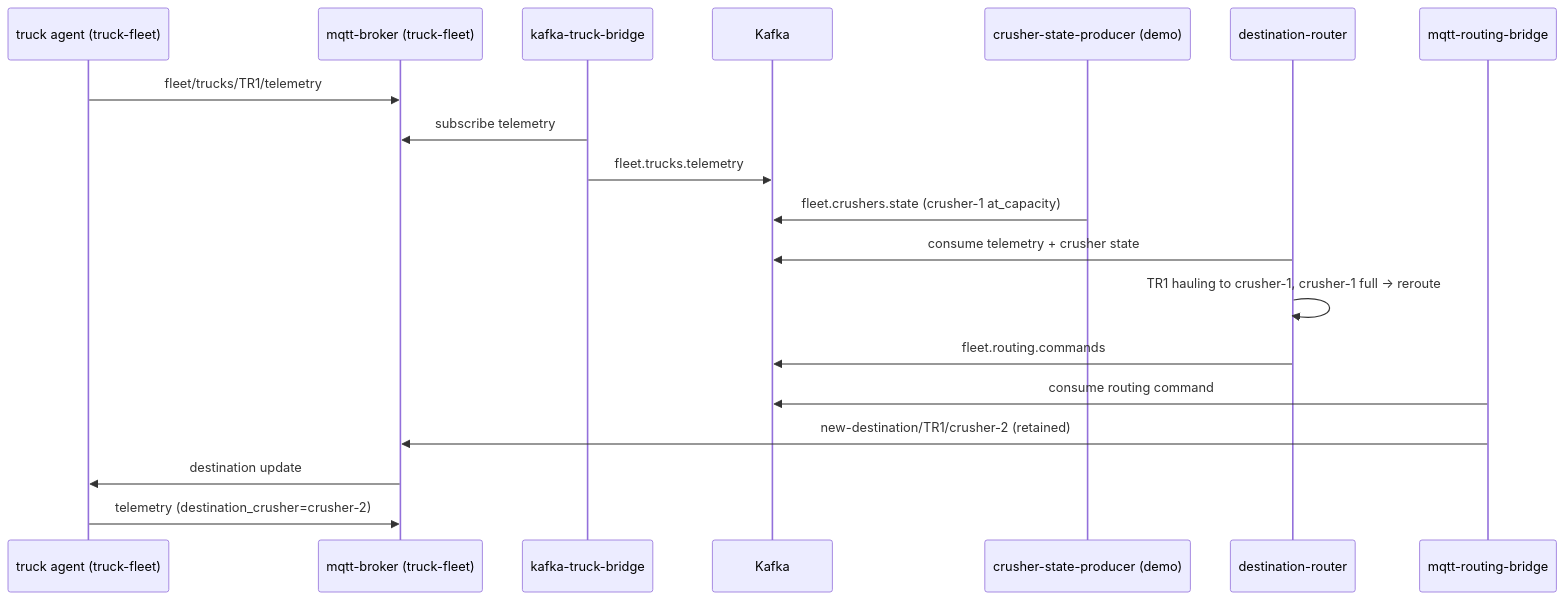
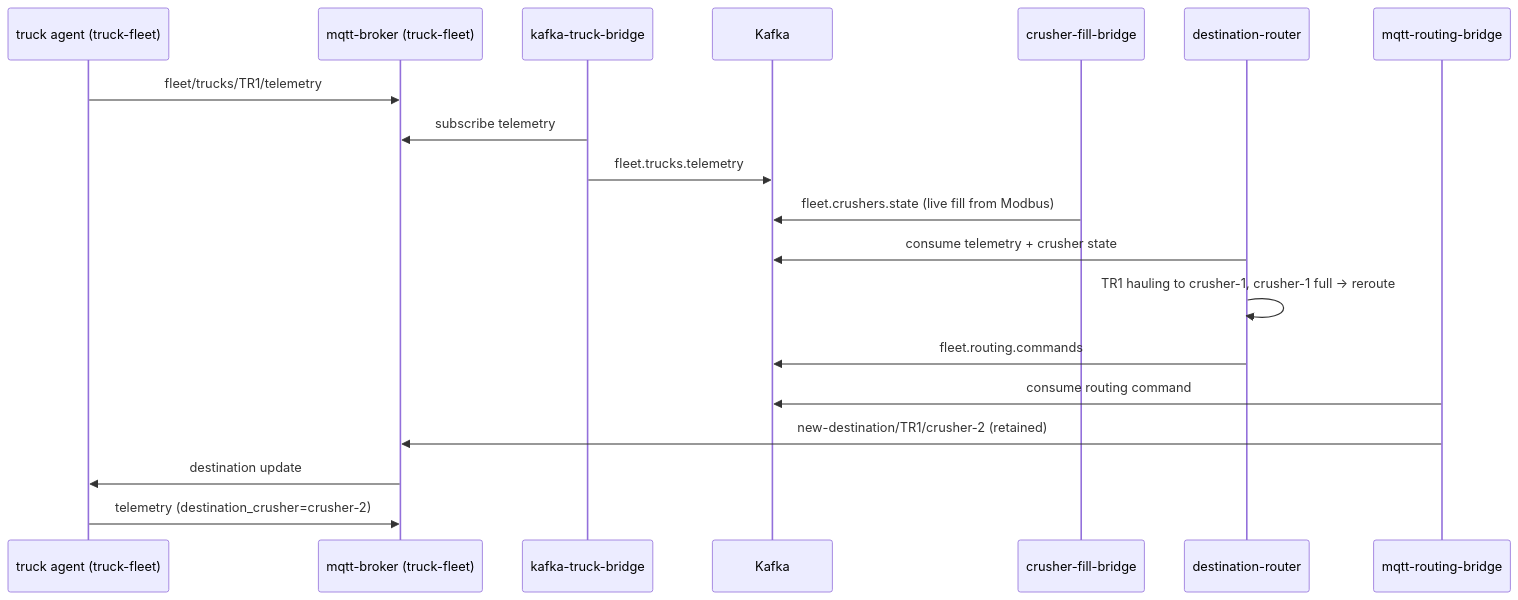
The second of 2 diagrams in docs/mining-fleet/fleet-integration/README.md (SimonDelord/alleo-work), drawn with Mermaid before and after one commit. The commit also changed other lines of this file and 12 other files, not shown here.

First line of the commit message:
fix(crusher-fleet): fill driven by truck dumps via Kafka orchestration

````diff
--- a/docs/mining-fleet/fleet-integration/README.md
+++ b/docs/mining-fleet/fleet-integration/README.md
@@ -47,22 +79,22 @@
 ```mermaid
 sequenceDiagram
     participant TR as truck agent (truck-fleet)
     participant MQTT as mqtt-broker (truck-fleet)
     participant KTB as kafka-truck-bridge
     participant K as Kafka
-    participant CSP as crusher-state-producer (demo)
+    participant CSP as crusher-fill-bridge
     participant DR as destination-router
     participant MRB as mqtt-routing-bridge
 
     TR->>MQTT: fleet/trucks/TR1/telemetry
     KTB->>MQTT: subscribe telemetry
     KTB->>K: fleet.trucks.telemetry
-    CSP->>K: fleet.crushers.state (crusher-1 at_capacity)
+    CSP->>K: fleet.crushers.state (live fill from Modbus)
     DR->>K: consume telemetry + crusher state
     DR->>DR: TR1 hauling to crusher-1, crusher-1 full → reroute
     DR->>K: fleet.routing.commands
     MRB->>K: consume routing command
     MRB->>MQTT: new-destination/TR1/crusher-2 (retained)
     MQTT->>TR: destination update
     TR->>MQTT: telemetry (destination_crusher=crusher-2)
 ```
````
